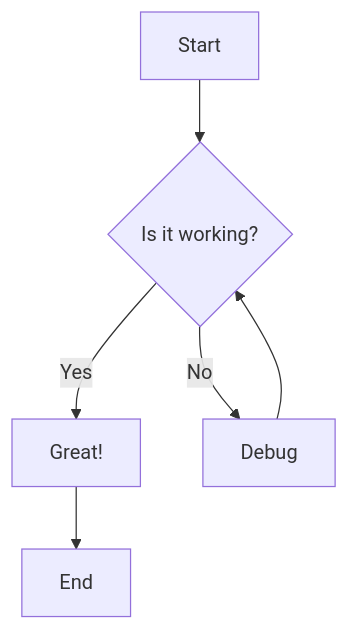
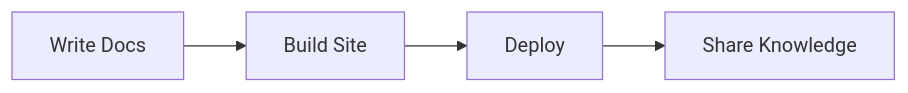
The diagram in docs/website/features-demo.md (ks-sbc/DRUIDS), drawn with Mermaid before and after one commit. The commit also changed other lines of this file and 37 other files, not shown here.

````diff
--- a/docs/website/features-demo.md
+++ b/docs/website/features-demo.md
@@ -41,8 +80,6 @@
 ```mermaid
-graph TD
-    A[Start] --> B{Is it working?}
-    B -->|Yes| C[Great!]
-    B -->|No| D[Debug]
-    D --> B
-    C --> E[End]
+graph LR
+    A[Write Docs] --> B[Build Site]
+    B --> C[Deploy]
+    C --> D[Share Knowledge]
 ```
````
